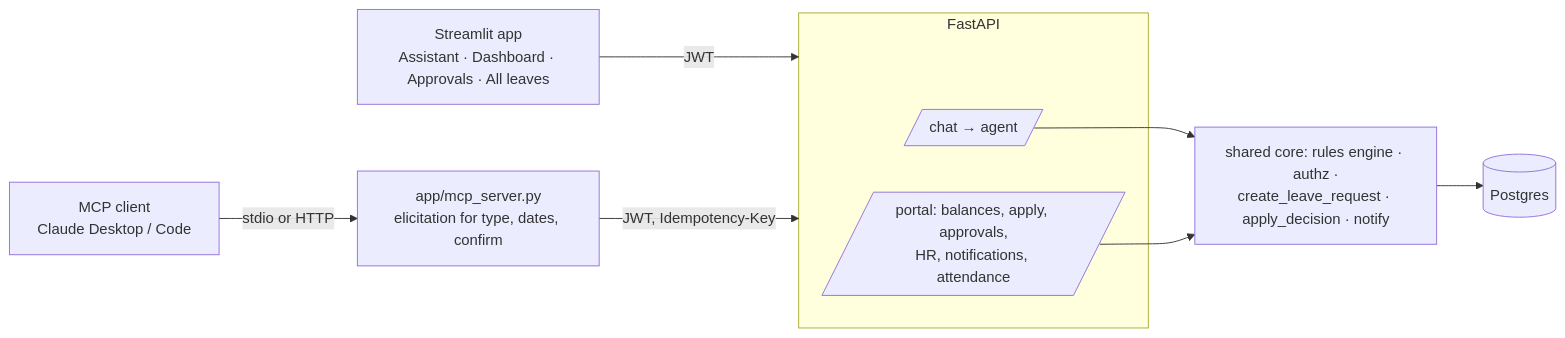
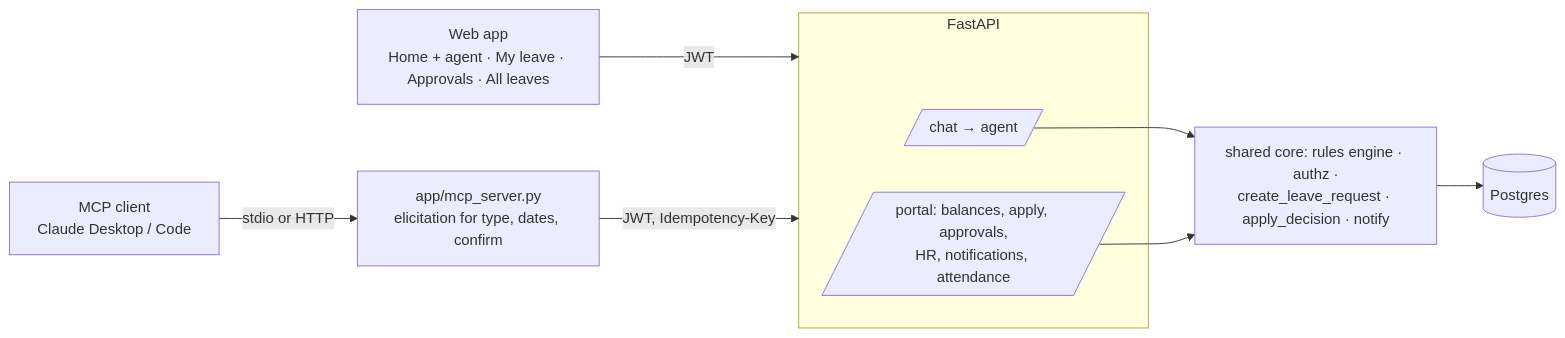
One commit to mfslovely/people-lens changed the second of 2 diagrams in docs/ARCHITECTURE.md. Above: the diagram before and after it, drawn with Mermaid. The commit also changed other lines of this file and 28 other files, not shown here.

````diff
--- a/docs/ARCHITECTURE.md
+++ b/docs/ARCHITECTURE.md
@@ -100,12 +100,12 @@
 ```mermaid
 flowchart LR
-  WEB[Streamlit app<br/>Assistant · Dashboard · Approvals · All leaves] -->|JWT| API
+  WEB[Web app<br/>Home + agent · My leave · Approvals · All leaves] -->|JWT| API
   MCPC[MCP client<br/>Claude Desktop / Code] -->|stdio or HTTP| MCPS[app/mcp_server.py<br/>elicitation for type, dates, confirm]
   MCPS -->|JWT, Idempotency-Key| API
   subgraph API[FastAPI]
     CHAT[/chat → agent/]
     PORTAL[/portal: balances, apply, approvals,<br/>HR, notifications, attendance/]
   end
   CHAT & PORTAL --> CORE[shared core: rules engine · authz ·<br/>create_leave_request · apply_decision · notify]
   CORE --> DB[(Postgres)]
 ```
````
